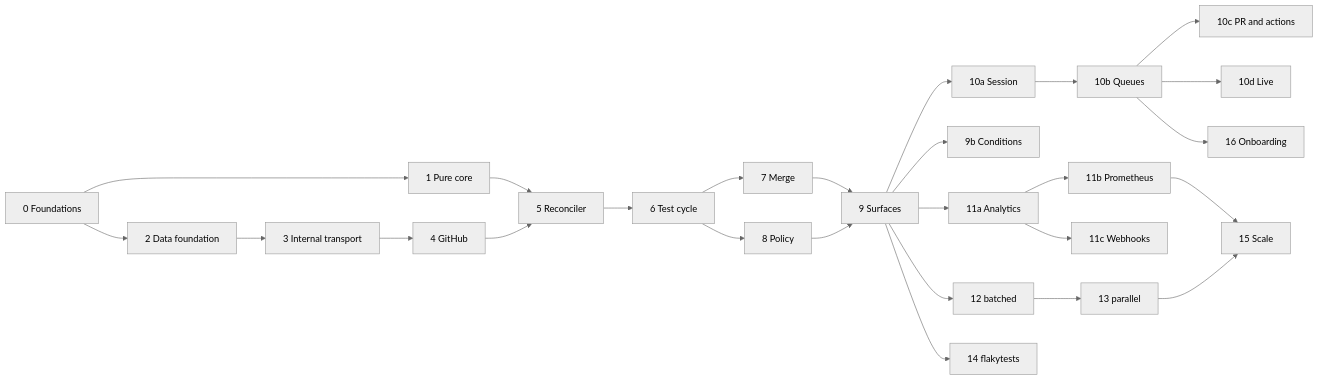
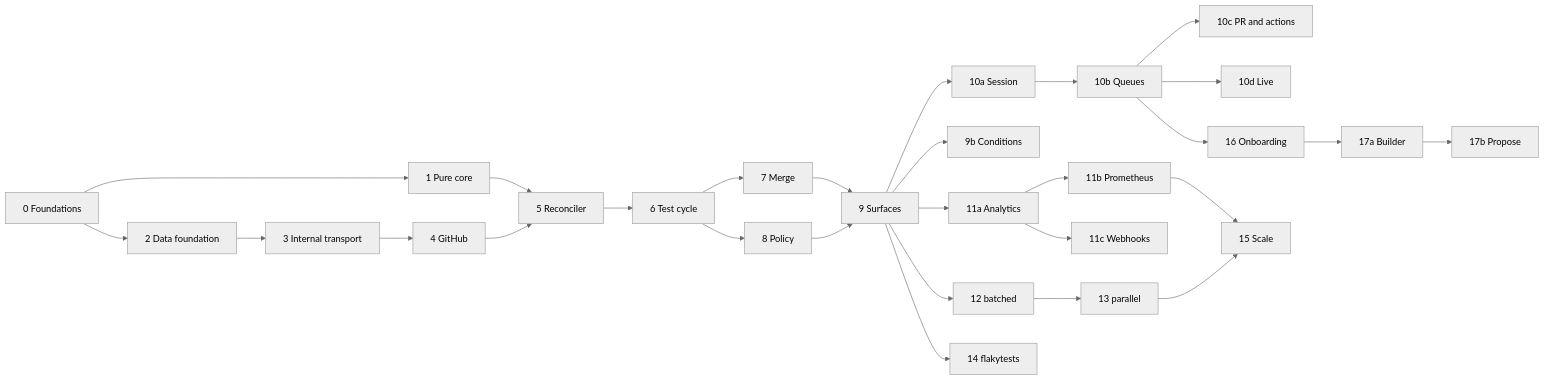
The diagram in specs/LOTS.md (getcihub/cihub), drawn with Mermaid (neutral theme) before and after one commit. The commit also changed other lines of this file and 105 other files, not shown here.

````diff
--- a/specs/LOTS.md
+++ b/specs/LOTS.md
@@ -59,28 +61,30 @@
 ```mermaid
 flowchart LR
   L0[0 Foundations] --> L1[1 Pure core]
   L0 --> L2[2 Data foundation]
   L2 --> L3[3 Internal transport]
   L3 --> L4[4 GitHub]
   L1 --> L5[5 Reconciler]
   L4 --> L5
   L5 --> L6[6 Test cycle]
   L6 --> L7[7 Merge]
   L6 --> L8[8 Policy]
   L7 --> L9[9 Surfaces]
   L8 --> L9
   L9 --> L10a[10a Session]
   L10a --> L10b[10b Queues]
   L10b --> L10c[10c PR and actions]
   L10b --> L10d[10d Live]
   L9 --> L9b[9b Conditions]
   L9 --> L11a[11a Analytics]
   L11a --> L11b[11b Prometheus]
   L11a --> L11c[11c Webhooks]
   L9 --> L12[12 batched]
   L9 --> L14[14 flakytests]
   L12 --> L13[13 parallel]
   L11b --> L15[15 Scale]
   L13 --> L15
   L10b --> L16[16 Onboarding]
+  L16 --> L17a[17a Builder]
+  L17a --> L17b[17b Propose]
 ```
````
